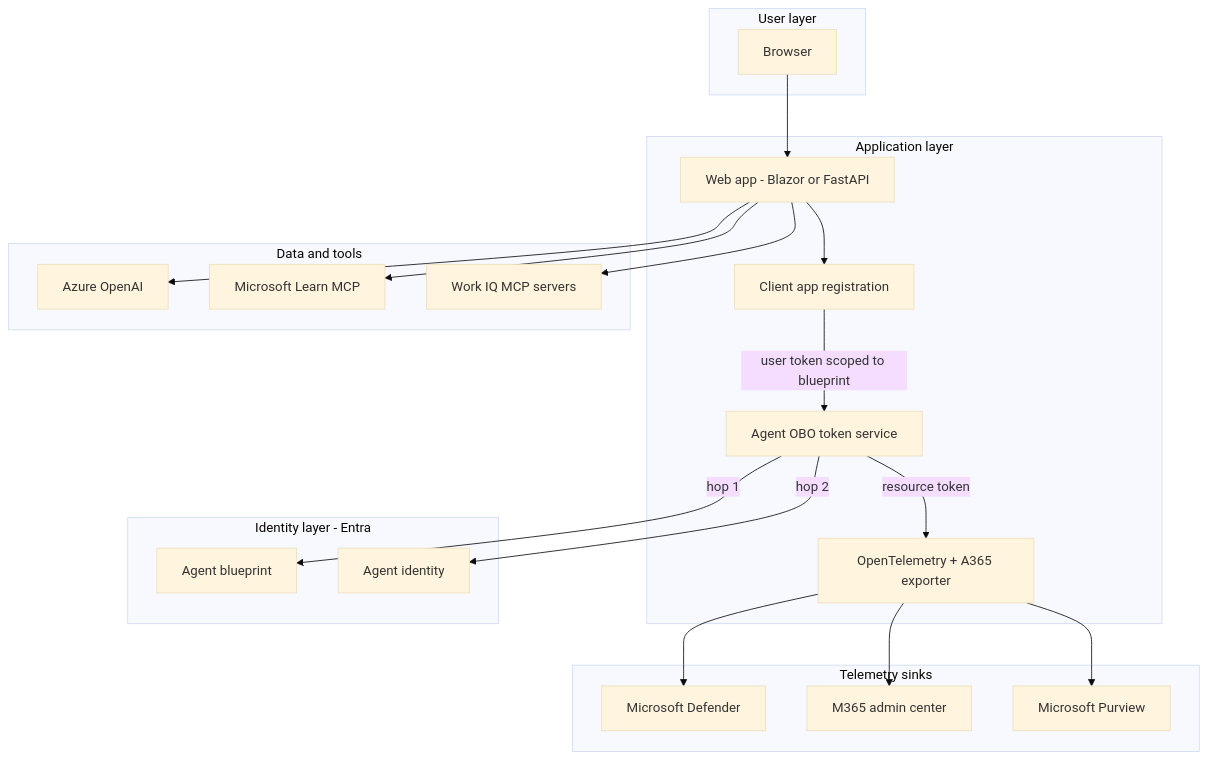
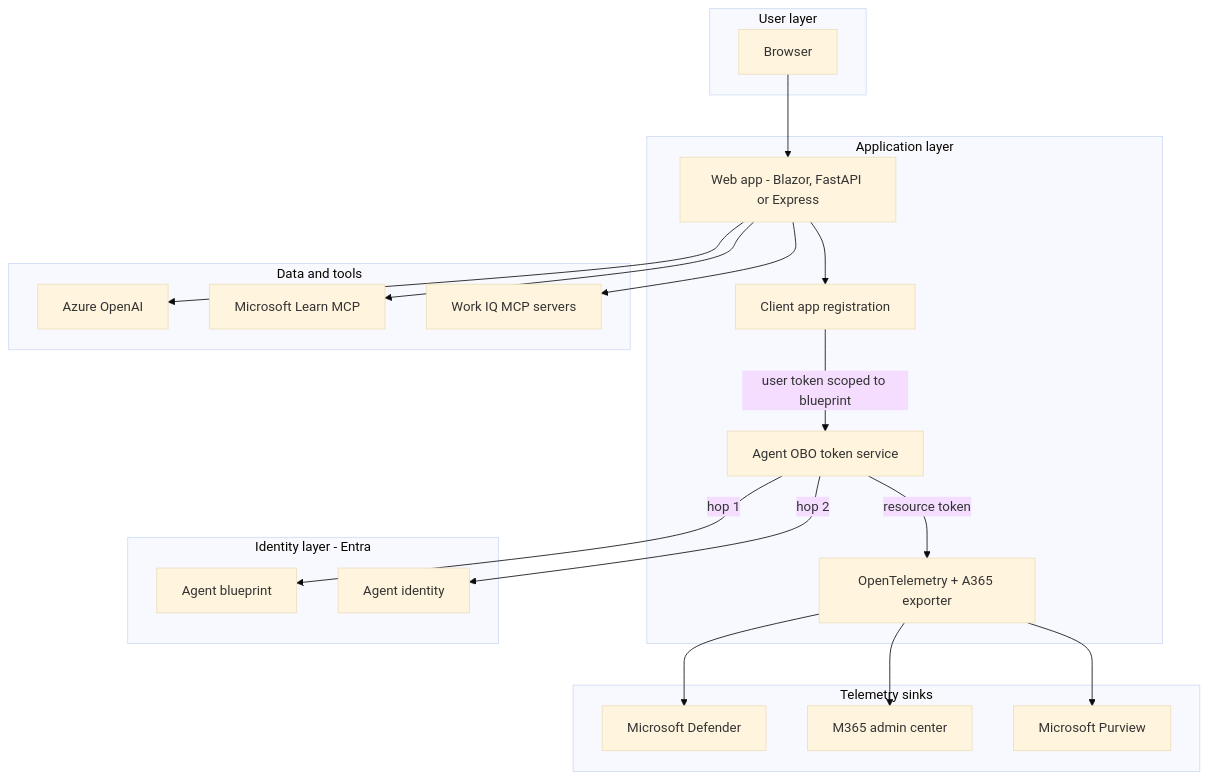
The first of 3 diagrams in 01-scenarios/Web-App-Agent-User-OBO/2.Architecture.md (qmatteoq/agent365-runbook), drawn with Mermaid (base theme) before and after one commit. The commit also changed other lines of this file and 8 other files, not shown here.

````diff
--- a/01-scenarios/Web-App-Agent-User-OBO/2.Architecture.md
+++ b/01-scenarios/Web-App-Agent-User-OBO/2.Architecture.md
@@ -8,43 +8,43 @@
 ```mermaid
 flowchart TD
     subgraph User["User layer"]
         B[Browser]
     end
 
     subgraph App["Application layer"]
-        W[Web app - Blazor or FastAPI]
+        W[Web app - Blazor, FastAPI or Express]
         CA[Client app registration]
         OBO[Agent OBO token service]
         OT[OpenTelemetry + A365 exporter]
     end
 
     subgraph Identity["Identity layer - Entra"]
         BP[Agent blueprint]
         AI[Agent identity]
     end
 
     subgraph Data["Data and tools"]
         AOAI[Azure OpenAI]
         LEARN[Microsoft Learn MCP]
         WIQ[Work IQ MCP servers]
     end
 
     subgraph Sinks["Telemetry sinks"]
         DEF[Microsoft Defender]
         MAC[M365 admin center]
         PUR[Microsoft Purview]
     end
 
     B --> W
     W --> CA
     CA -->|user token scoped to blueprint| OBO
     OBO -->|hop 1| BP
     OBO -->|hop 2| AI
     OBO -->|resource token| OT
     W --> AOAI
     W --> LEARN
     W --> WIQ
     OT --> DEF
     OT --> MAC
     OT --> PUR
 ```
````
